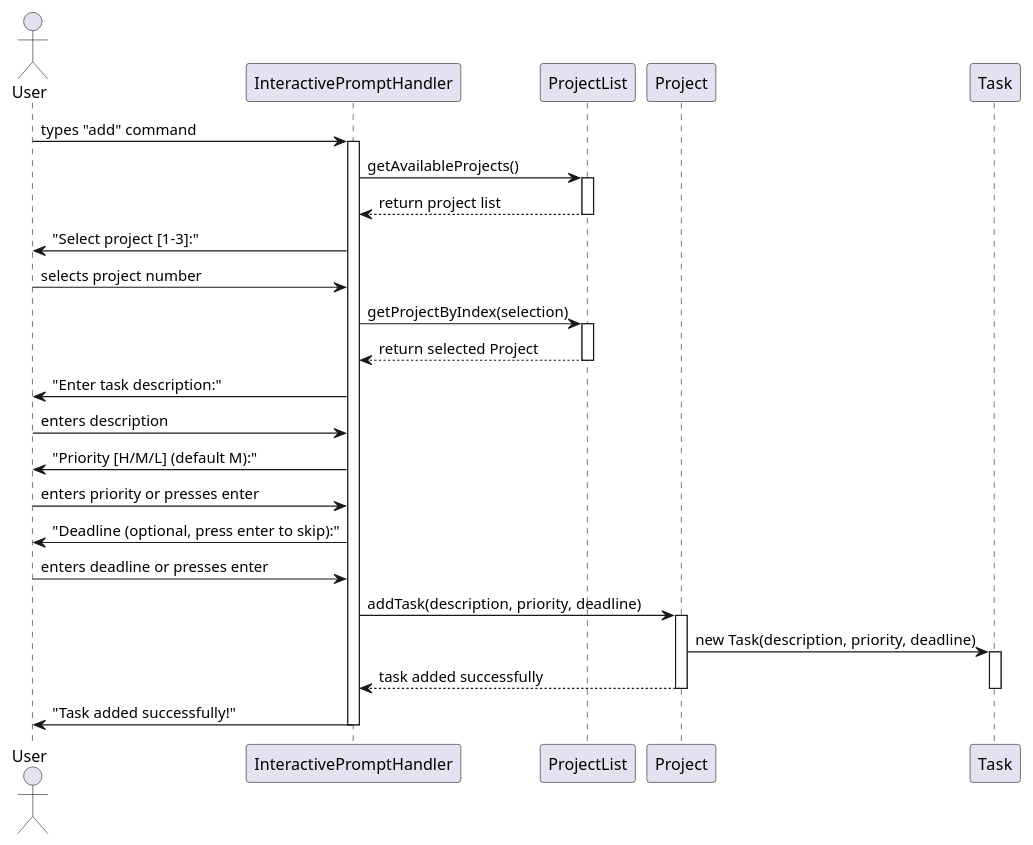
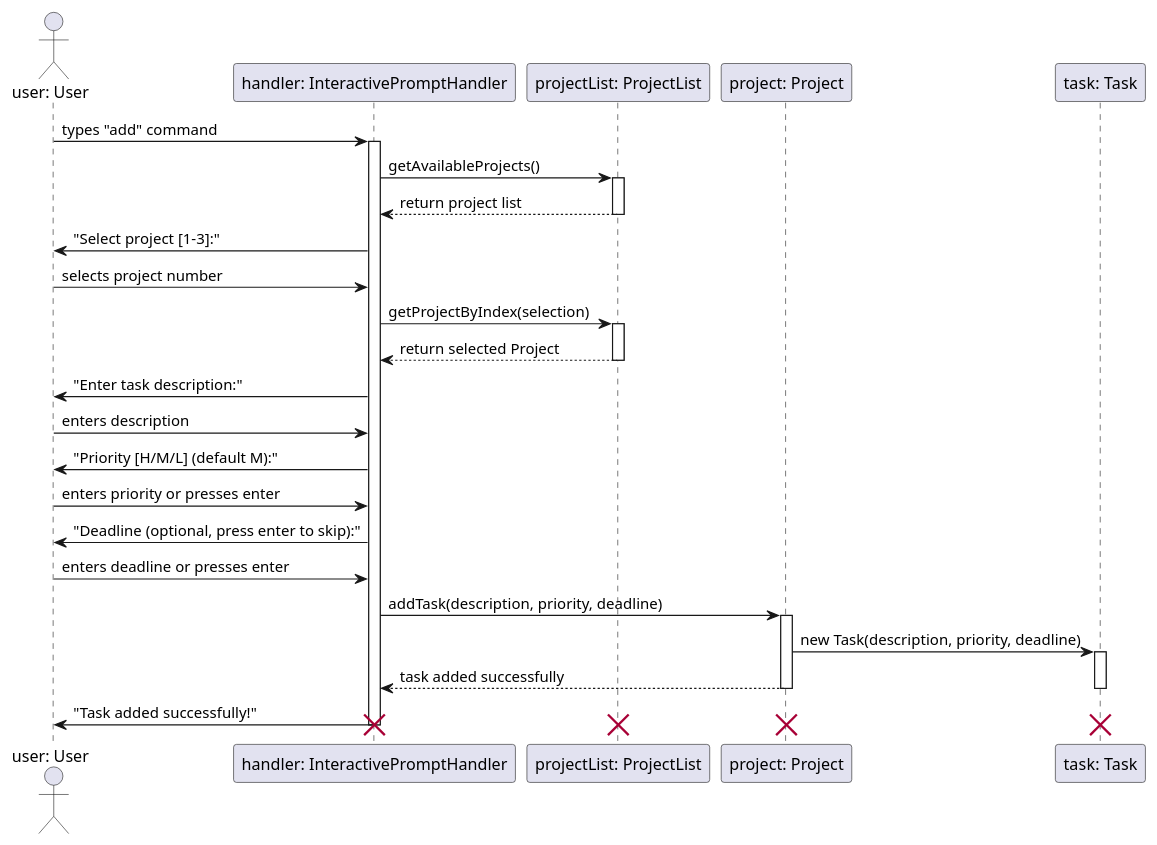
The diagram in docs/plantUML/add-command-sequence/add-command-sequence-diagram.puml (sean6369/tp), drawn with PlantUML before and after one commit. The commit also changed 3 other files, not shown here.

First line of the commit message:
Fix sequence diagram standards compliance

```diff
--- a/docs/plantUML/add-command-sequence/add-command-sequence-diagram.puml
+++ b/docs/plantUML/add-command-sequence/add-command-sequence-diagram.puml
@@ -1,43 +1,48 @@
 @startuml Add Command Sequence Diagram
 
-actor User
-participant InteractivePromptHandler
-participant ProjectList
-participant Project
-participant Task
+actor "user: User" as User
+participant "handler: InteractivePromptHandler" as InteractivePromptHandler
+participant "projectList: ProjectList" as ProjectList
+participant "project: Project" as Project
+participant "task: Task" as Task
 
 User -> InteractivePromptHandler: types "add" command
 activate InteractivePromptHandler
 InteractivePromptHandler -> ProjectList: getAvailableProjects()
 activate ProjectList
 ProjectList --> InteractivePromptHandler: return project list
 deactivate ProjectList
 InteractivePromptHandler -> User: "Select project [1-3]:"
 
 User -> InteractivePromptHandler: selects project number
 InteractivePromptHandler -> ProjectList: getProjectByIndex(selection)
 activate ProjectList
 ProjectList --> InteractivePromptHandler: return selected Project
 deactivate ProjectList
 
 InteractivePromptHandler -> User: "Enter task description:"
 User -> InteractivePromptHandler: enters description
 
 InteractivePromptHandler -> User: "Priority [H/M/L] (default M):"
 User -> InteractivePromptHandler: enters priority or presses enter
 
 InteractivePromptHandler -> User: "Deadline (optional, press enter to skip):"
 User -> InteractivePromptHandler: enters deadline or presses enter
 
 InteractivePromptHandler -> Project: addTask(description, priority, deadline)
 activate Project
 Project -> Task: new Task(description, priority, deadline)
 activate Task
 Project --> InteractivePromptHandler: task added successfully
 deactivate Project
 deactivate Task
 
 InteractivePromptHandler -> User: "Task added successfully!"
 deactivate InteractivePromptHandler
 
+destroy InteractivePromptHandler
+destroy ProjectList
+destroy Project
+destroy Task
+
 @enduml
```
